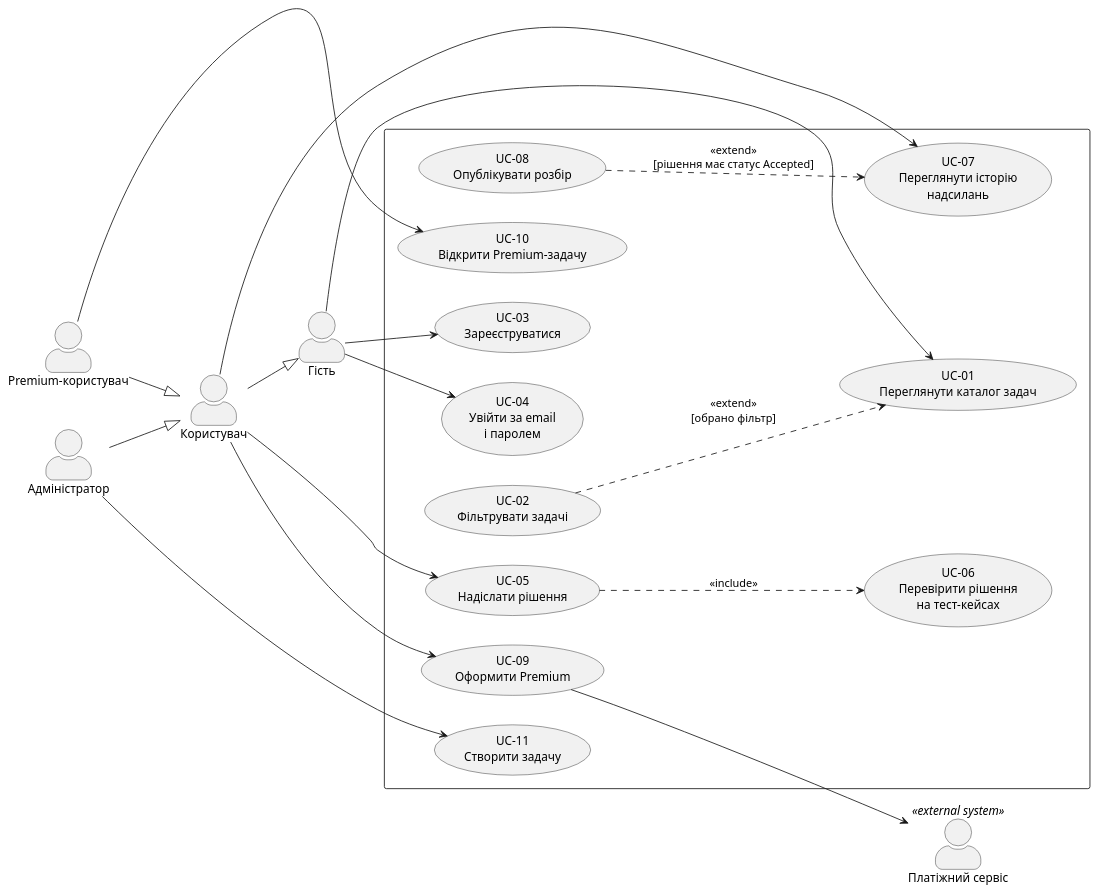
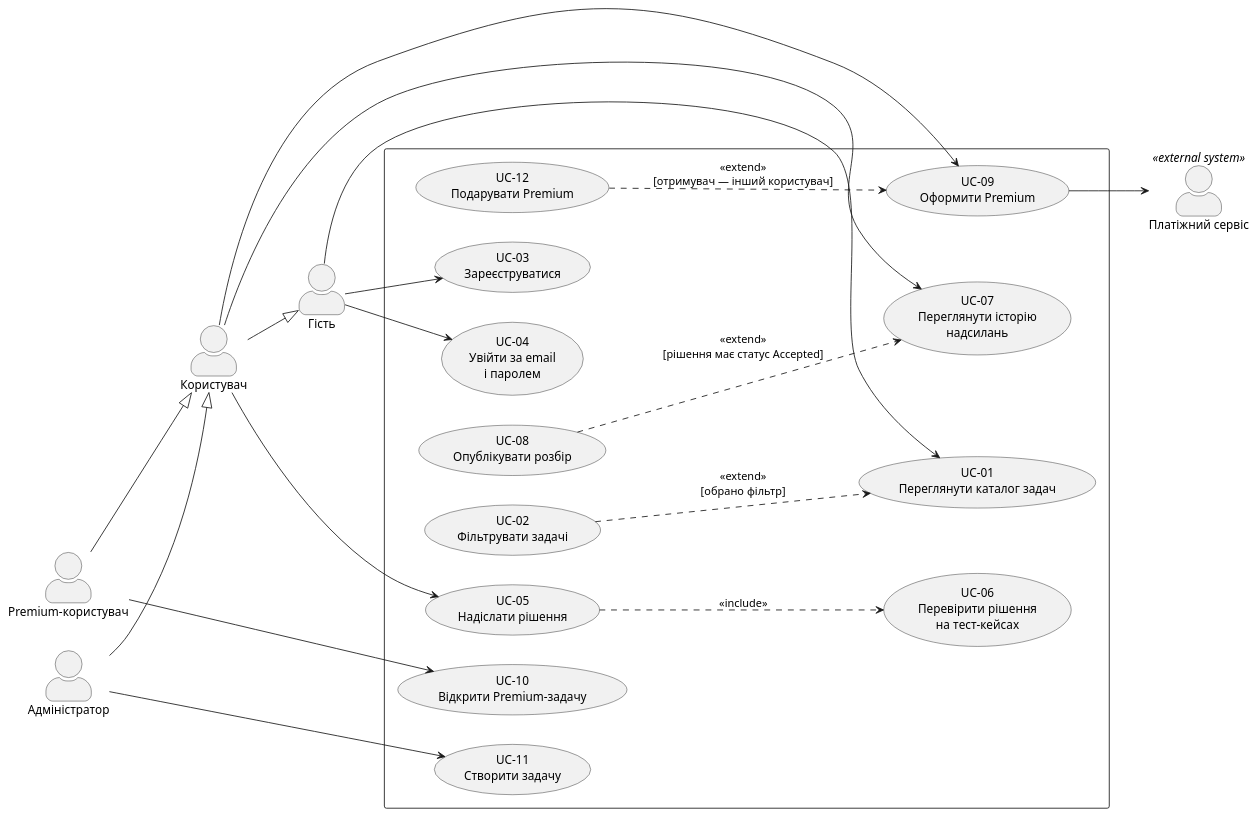
The diagram in lab2/usecase.puml (Cammp3r/KPI-2-LABS), drawn with PlantUML before and after one commit. The commit also changed 10 other files, not shown here.

```diff
--- a/lab2/usecase.puml
+++ b/lab2/usecase.puml
@@ -1,53 +1,55 @@
 @startuml usecase
 left to right direction
 skinparam packageStyle rectangle
 skinparam actorStyle awesome
 
 ' ===== Актори-люди (ліворуч) =====
 actor "Гість" as Guest
 actor "Користувач" as User
 actor "Premium-користувач" as Premium
 actor "Адміністратор" as Admin
 
 ' ===== Узагальнення акторів =====
 User --|> Guest
 Premium --|> User
 Admin --|> User
 
 ' ===== Межа системи =====
 rectangle {
   usecase "UC-01\nПереглянути каталог задач" as UC01
   usecase "UC-02\nФільтрувати задачі" as UC02
   usecase "UC-03\nЗареєструватися" as UC03
   usecase "UC-04\nУвійти за email\nі паролем" as UC04
   usecase "UC-05\nНадіслати рішення" as UC05
   usecase "UC-06\nПеревірити рішення\nна тест-кейсах" as UC06
   usecase "UC-07\nПереглянути історію\nнадсилань" as UC07
   usecase "UC-08\nОпублікувати розбір" as UC08
   usecase "UC-09\nОформити Premium" as UC09
   usecase "UC-10\nВідкрити Premium-задачу" as UC10
   usecase "UC-11\nСтворити задачу" as UC11
+  usecase "UC-12\nПодарувати Premium" as UC12
 }
 
 ' ===== Зовнішні системи (праворуч) =====
 actor "Платіжний сервіс" as Pay <<external system>>
 
 ' ===== Асоціації: основні актори =====
 Guest --> UC01
 Guest --> UC03
 Guest --> UC04
 User --> UC05
 User --> UC07
 User --> UC09
 Premium --> UC10
 Admin --> UC11
 
 ' ===== Асоціації: зовнішні системи =====
 UC09 --> Pay
 
 ' ===== include / extend =====
 UC05 ..> UC06 : <<include>>
 UC02 ..> UC01 : <<extend>>\n[обрано фільтр]
 UC08 ..> UC07 : <<extend>>\n[рішення має статус Accepted]
+UC12 ..> UC09 : <<extend>>\n[отримувач — інший користувач]
 
 @enduml
```
